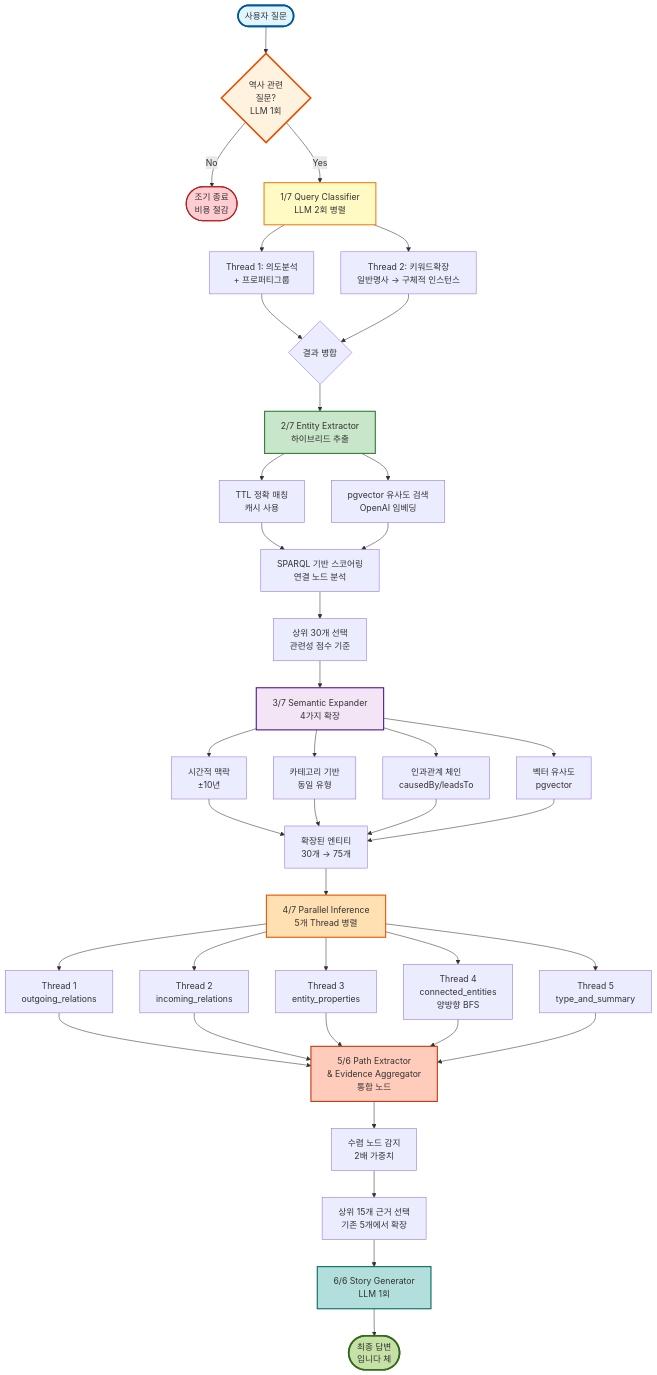
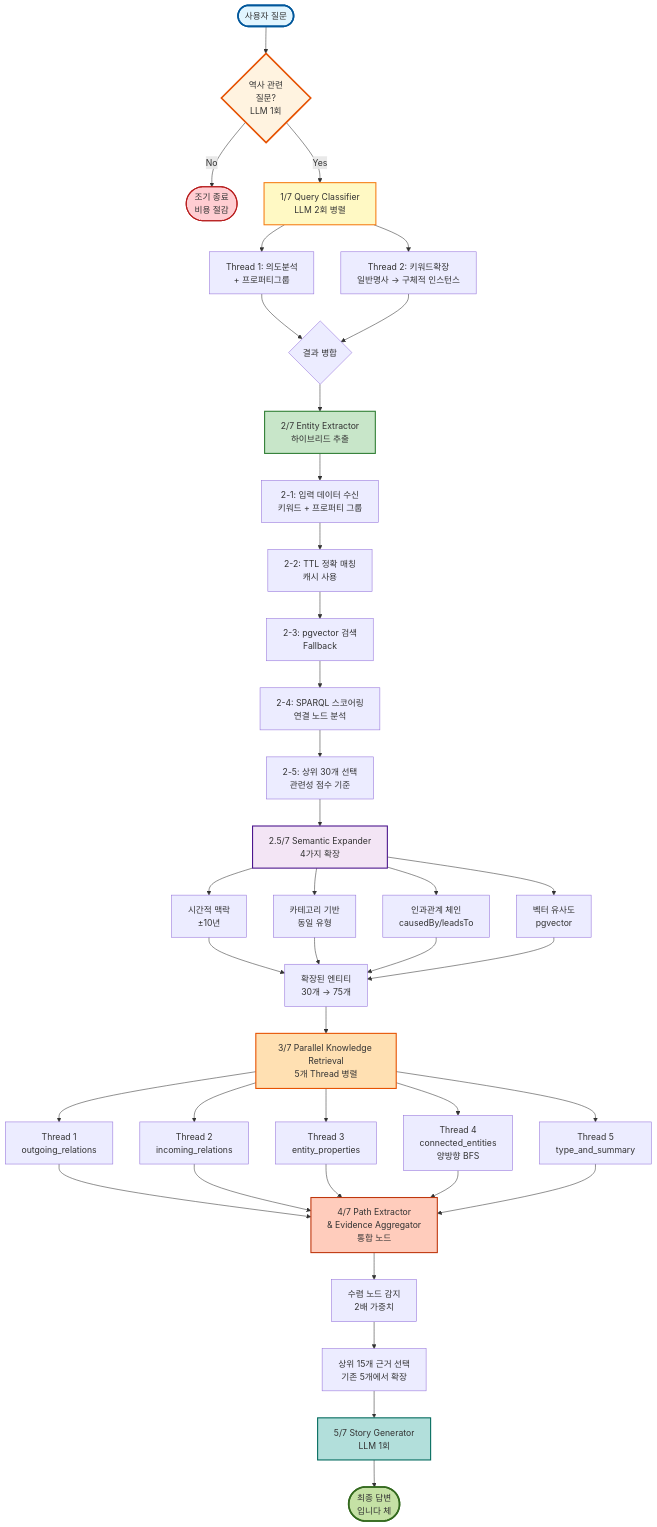
One commit to SKNETWORKS-FAMILY-AICAMP/SKN18-FINAL-3TEAM changed the first of 5 diagrams in backend/ontology_langgraph_structure/docs/README.md. Above: the diagram before and after it, drawn with Mermaid. The commit also changed other lines of this file and 13 other files, not shown here.

````diff
--- a/backend/ontology_langgraph_structure/docs/README.md
+++ b/backend/ontology_langgraph_structure/docs/README.md
@@ -5,67 +5,67 @@
 ```mermaid
 graph TD
     Start([사용자 질문]) --> HistCheck{역사 관련<br/>질문?<br/>LLM 1회}
 
     HistCheck -->|No| Exit([조기 종료<br/>비용 절감])
     HistCheck -->|Yes| Classifier[1/7 Query Classifier<br/>LLM 2회 병렬]
 
     Classifier --> Thread1[Thread 1: 의도분석<br/>+ 프로퍼티그룹]
     Classifier --> Thread2[Thread 2: 키워드확장<br/>일반명사 → 구체적 인스턴스]
 
     Thread1 --> Merge1{결과 병합}
     Thread2 --> Merge1
 
     Merge1 --> Extractor[2/7 Entity Extractor<br/>하이브리드 추출]
 
-    Extractor --> TTL[TTL 정확 매칭<br/>캐시 사용]
-    Extractor --> PGVector[pgvector 유사도 검색<br/>OpenAI 임베딩]
+    Extractor --> TTL[2-1: 입력 데이터 수신<br/>키워드 + 프로퍼티 그룹]
+    TTL --> Exact[2-2: TTL 정확 매칭<br/>캐시 사용]
+    Exact --> PGVector[2-3: pgvector 검색<br/>Fallback]
 
-    TTL --> Scoring[SPARQL 기반 스코어링<br/>연결 노드 분석]
-    PGVector --> Scoring
+    PGVector --> Scoring[2-4: SPARQL 스코어링<br/>연결 노드 분석]
 
-    Scoring --> Top30[상위 30개 선택<br/>관련성 점수 기준]
+    Scoring --> Top30[2-5: 상위 30개 선택<br/>관련성 점수 기준]
 
-    Top30 --> Expander[3/7 Semantic Expander<br/>4가지 확장]
+    Top30 --> Expander[2.5/7 Semantic Expander<br/>4가지 확장]
 
     Expander --> Temporal[시간적 맥락<br/>±10년]
     Expander --> Category[카테고리 기반<br/>동일 유형]
     Expander --> Causal[인과관계 체인<br/>causedBy/leadsTo]
     Expander --> Vector[벡터 유사도<br/>pgvector]
 
     Temporal --> Expanded[확장된 엔티티<br/>30개 → 75개]
     Category --> Expanded
     Causal --> Expanded
     Vector --> Expanded
 
-    Expanded --> Parallel[4/7 Parallel Inference<br/>5개 Thread 병렬]
+    Expanded --> Parallel[3/7 Parallel Knowledge Retrieval<br/>5개 Thread 병렬]
 
     Parallel --> T1[Thread 1<br/>outgoing_relations]
     Parallel --> T2[Thread 2<br/>incoming_relations]
     Parallel --> T3[Thread 3<br/>entity_properties]
     Parallel --> T4[Thread 4<br/>connected_entities<br/>양방향 BFS]
     Parallel --> T5[Thread 5<br/>type_and_summary]
 
-    T1 --> PathAgg[5/6 Path Extractor<br/>& Evidence Aggregator<br/>통합 노드]
+    T1 --> PathAgg[4/7 Path Extractor<br/>& Evidence Aggregator<br/>통합 노드]
     T2 --> PathAgg
     T3 --> PathAgg
     T4 --> PathAgg
     T5 --> PathAgg
 
     PathAgg --> Convergence[수렴 노드 감지<br/>2배 가중치]
     Convergence --> Top15[상위 15개 근거 선택<br/>기존 5개에서 확장]
 
-    Top15 --> Generator[6/6 Story Generator<br/>LLM 1회]
+    Top15 --> Generator[5/7 Story Generator<br/>LLM 1회]
 
     Generator --> Answer([최종 답변<br/>입니다 체])
 
     style Start fill:#e1f5ff,stroke:#01579b,stroke-width:3px
     style HistCheck fill:#fff3e0,stroke:#e65100,stroke-width:3px
     style Classifier fill:#fff9c4,stroke:#f57f17,stroke-width:2px
     style Extractor fill:#c8e6c9,stroke:#2e7d32,stroke-width:2px
     style Expander fill:#f3e5f5,stroke:#4a148c,stroke-width:2px
     style Parallel fill:#ffe0b2,stroke:#e65100,stroke-width:2px
     style PathAgg fill:#ffccbc,stroke:#bf360c,stroke-width:2px
     style Generator fill:#b2dfdb,stroke:#00695c,stroke-width:2px
     style Answer fill:#c5e1a5,stroke:#33691e,stroke-width:3px
     style Exit fill:#ffcdd2,stroke:#b71c1c,stroke-width:2px
 ```
````
